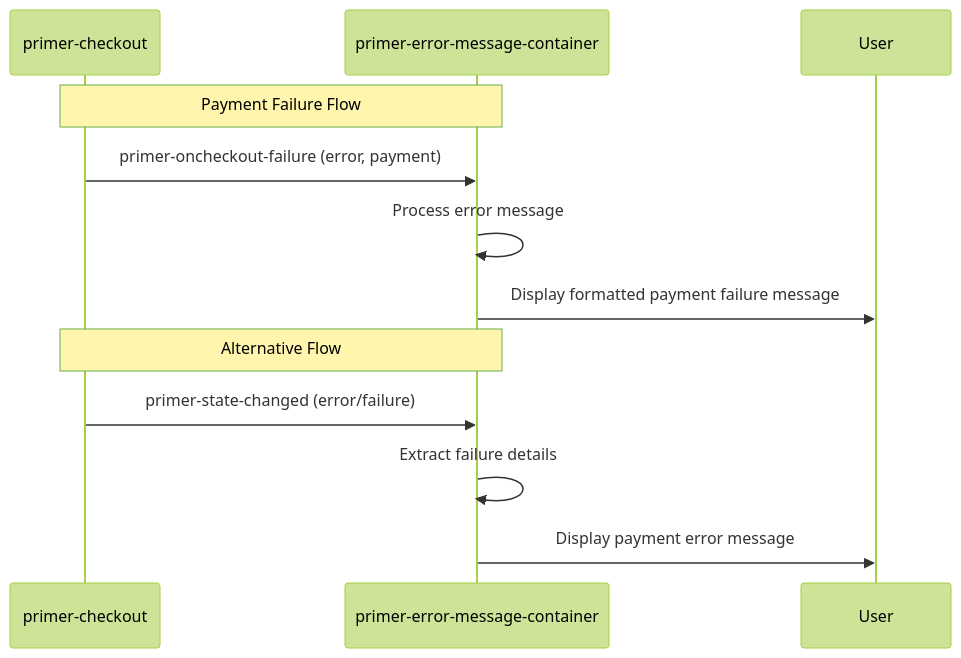
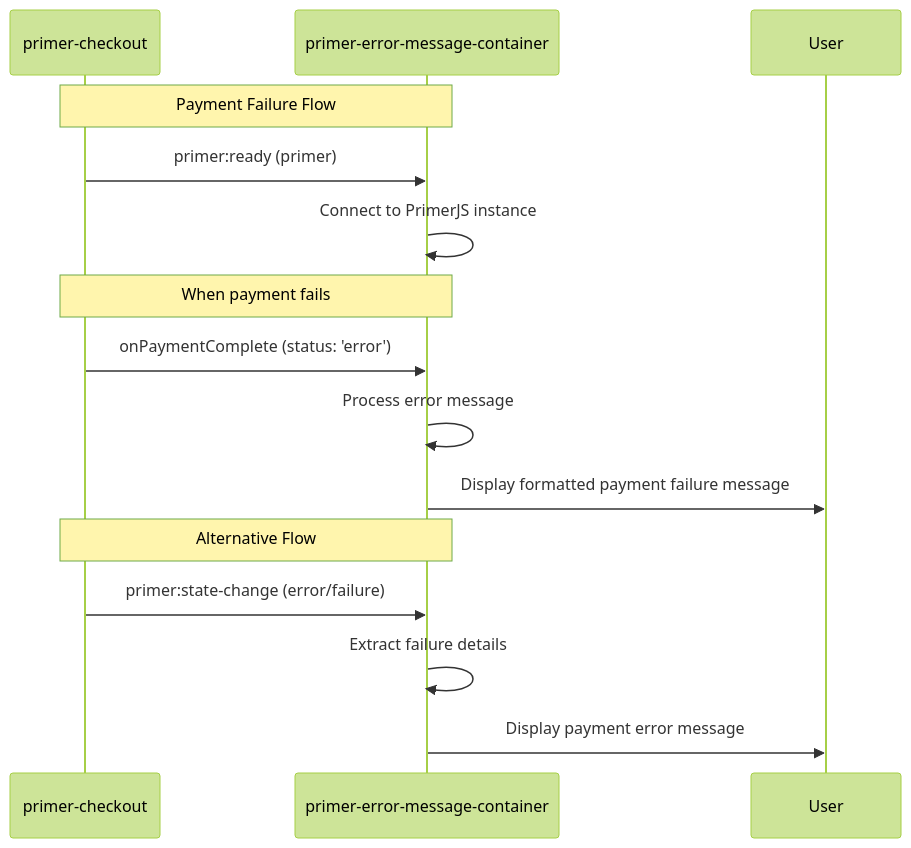
Before and after one commit to primer-io/examples: the diagram in docs/general-docs/api/Components/error-message-container-doc.md, drawn with Mermaid (forest theme). The commit also changed other lines of this file and 19 other files, not shown here.

````diff
--- a/docs/general-docs/api/Components/error-message-container-doc.md
+++ b/docs/general-docs/api/Components/error-message-container-doc.md
@@ -153,17 +154,20 @@
 ```mermaid
 sequenceDiagram
     participant Checkout as primer-checkout
     participant ErrorContainer as primer-error-message-container
     participant User
 
     Note over Checkout,ErrorContainer: Payment Failure Flow
 
-    Checkout->>ErrorContainer: primer-oncheckout-failure (error, payment)
+    Checkout->>ErrorContainer: primer:ready (primer)
+    ErrorContainer->>ErrorContainer: Connect to PrimerJS instance
+    Note over Checkout,ErrorContainer: When payment fails
+    Checkout->>ErrorContainer: onPaymentComplete (status: 'error')
     ErrorContainer->>ErrorContainer: Process error message
     ErrorContainer->>User: Display formatted payment failure message
 
     Note over Checkout,ErrorContainer: Alternative Flow
-    Checkout->>ErrorContainer: primer-state-changed (error/failure)
+    Checkout->>ErrorContainer: primer:state-change (error/failure)
     ErrorContainer->>ErrorContainer: Extract failure details
     ErrorContainer->>User: Display payment error message
 ```
````
